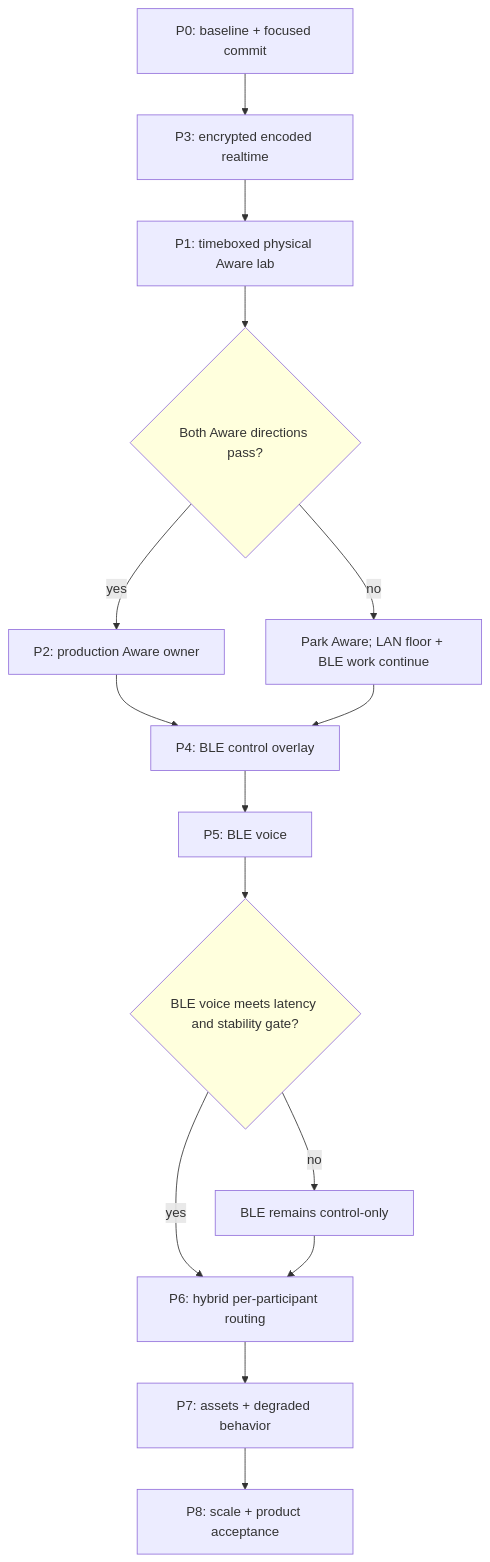
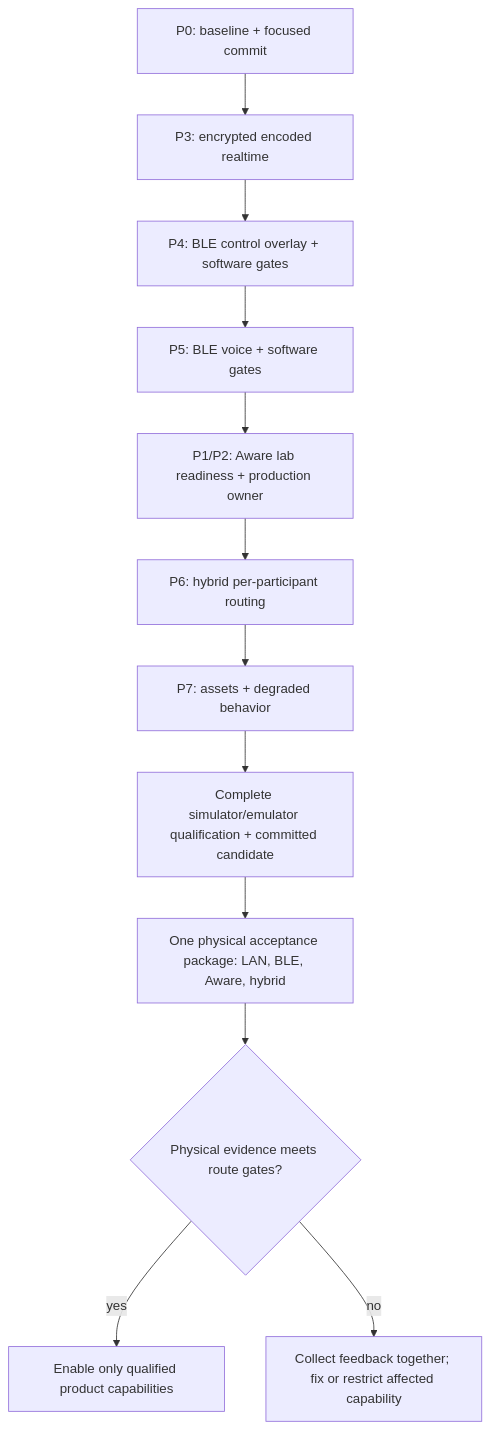
The second of 2 diagrams in NextSession.md (aessam/GetOverHere), drawn with Mermaid before and after one commit. The commit also changed other lines of this file and 64 other files, not shown here.

````diff
--- a/NextSession.md
+++ b/NextSession.md
@@ -208,19 +231,14 @@
 ```mermaid
 graph TD
     P0[P0: baseline + focused commit] --> P3[P3: encrypted encoded realtime]
-    P3 --> P1[P1: timeboxed physical Aware lab]
-    P1 --> G1{Both Aware directions pass?}
-    G1 -->|no| R1[Park Aware; LAN floor + BLE work continue]
-    G1 -->|yes| P2[P2: production Aware owner]
-    P2 --> P4[P4: BLE control overlay]
-    R1 --> P4
-    P4 --> P5[P5: BLE voice]
-    P5 --> G2{BLE voice meets latency and stability gate?}
-    G2 -->|no| R2[BLE remains control-only]
-    G2 -->|yes| P6[P6: hybrid per-participant routing]
-    R2 --> P6
+    P3 --> P4[P4: BLE control overlay + software gates]
+    P4 --> P5[P5: BLE voice + software gates]
+    P5 --> P2[P1/P2: Aware lab readiness + production owner]
+    P2 --> P6[P6: hybrid per-participant routing]
     P6 --> P7[P7: assets + degraded behavior]
-    P7 --> P8[P8: scale + product acceptance]
-    style G1 fill:#ffd
-    style G2 fill:#ffd
+    P7 --> V[Complete simulator/emulator qualification + committed candidate]
+    V --> P8[One physical acceptance package: LAN, BLE, Aware, hybrid]
+    P8 --> G{Physical evidence meets route gates?}
+    G -->|yes| S[Enable only qualified product capabilities]
+    G -->|no| F[Collect feedback together; fix or restrict affected capability]
 ```
````
